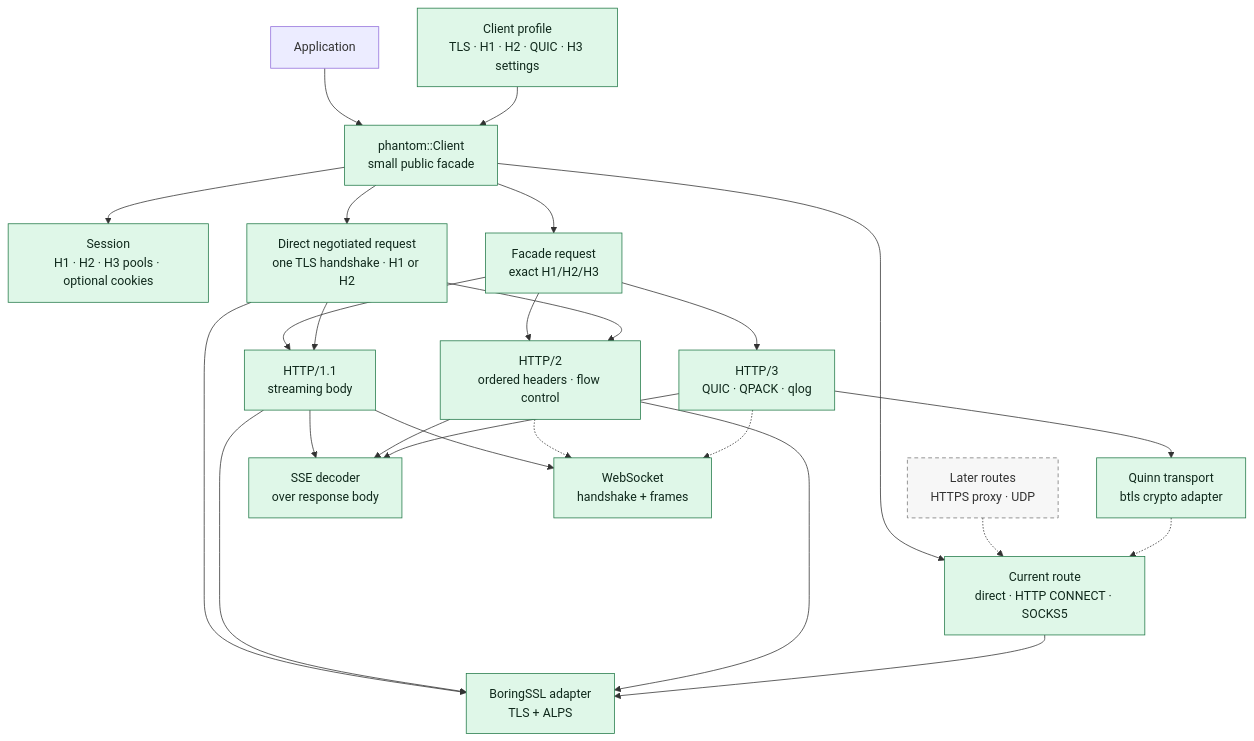
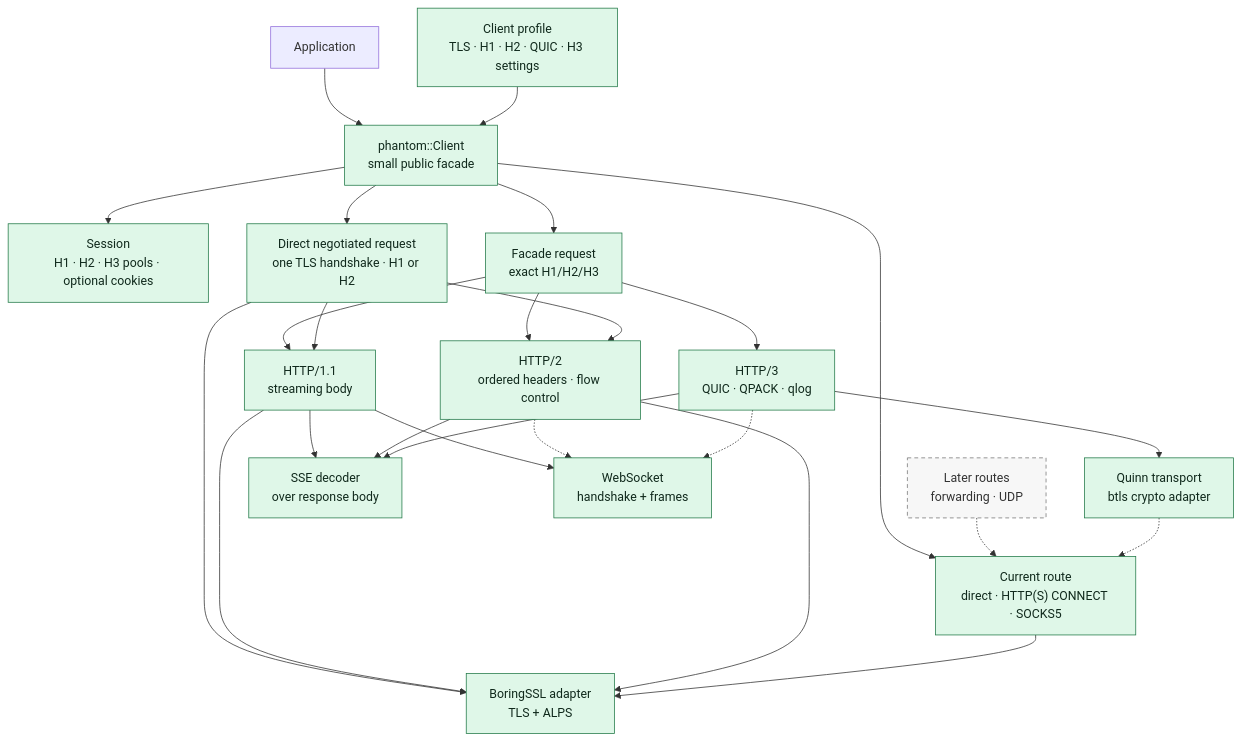
One commit to bywayhq/phantom changed the first of 4 diagrams in docs/architecture.md. Above: the diagram before and after it, drawn with Mermaid. The commit also changed other lines of this file and 23 other files, not shown here.

Commit message:
feat(client): support HTTPS CONNECT proxies

````diff
--- a/docs/architecture.md
+++ b/docs/architecture.md
@@ -23,49 +23,49 @@
 ```mermaid
 flowchart TB
     User[Application]
     Client["phantom::Client<br/>small public facade"]
     Session["Session<br/>H1 · H2 · H3 pools · optional cookies"]
     Profile["Client profile<br/>TLS · H1 · H2 · QUIC · H3 settings"]
-    Route["Current route<br/>direct · HTTP CONNECT · SOCKS5"]
-    FutureRoute["Later routes<br/>HTTPS proxy · UDP"]
+    Route["Current route<br/>direct · HTTP(S) CONNECT · SOCKS5"]
+    FutureRoute["Later routes<br/>forwarding · UDP"]
     FacadeRequest["Facade request<br/>exact H1/H2/H3"]
     NegotiatedRequest["Direct negotiated request<br/>one TLS handshake · H1 or H2"]
 
     H1["HTTP/1.1<br/>streaming body"]
     H2["HTTP/2<br/>ordered headers · flow control"]
     H3["HTTP/3<br/>QUIC · QPACK · qlog"]
     TLS["BoringSSL adapter<br/>TLS + ALPS"]
     QUIC["Quinn transport<br/>btls crypto adapter"]
     SSE["SSE decoder<br/>over response body"]
     WS["WebSocket<br/>handshake + frames"]
 
     User --> Client
     Profile --> Client
     FacadeRequest --> H1
     FacadeRequest --> H2
     FacadeRequest --> H3
     Client --> Session
     Client --> Route
     FutureRoute -.-> Route
     Client --> FacadeRequest
     Client --> NegotiatedRequest
     NegotiatedRequest --> TLS
     NegotiatedRequest --> H1
     NegotiatedRequest --> H2
     H1 --> TLS
     H2 --> TLS
     H3 --> QUIC
     Route --> TLS
     QUIC -.-> Route
     H1 --> SSE
     H2 --> SSE
     H3 --> SSE
     H1 --> WS
     H2 -.-> WS
     H3 -.-> WS
 
     classDef current fill:#dff7e8,stroke:#237a49,color:#10291c
     classDef planned fill:#f7f7f7,stroke:#777,stroke-dasharray:5 4,color:#333
     class Client,Session,Profile,Route,FacadeRequest,NegotiatedRequest,H1,H2,H3,TLS,QUIC,SSE,WS current
     class FutureRoute planned
 ```
````
